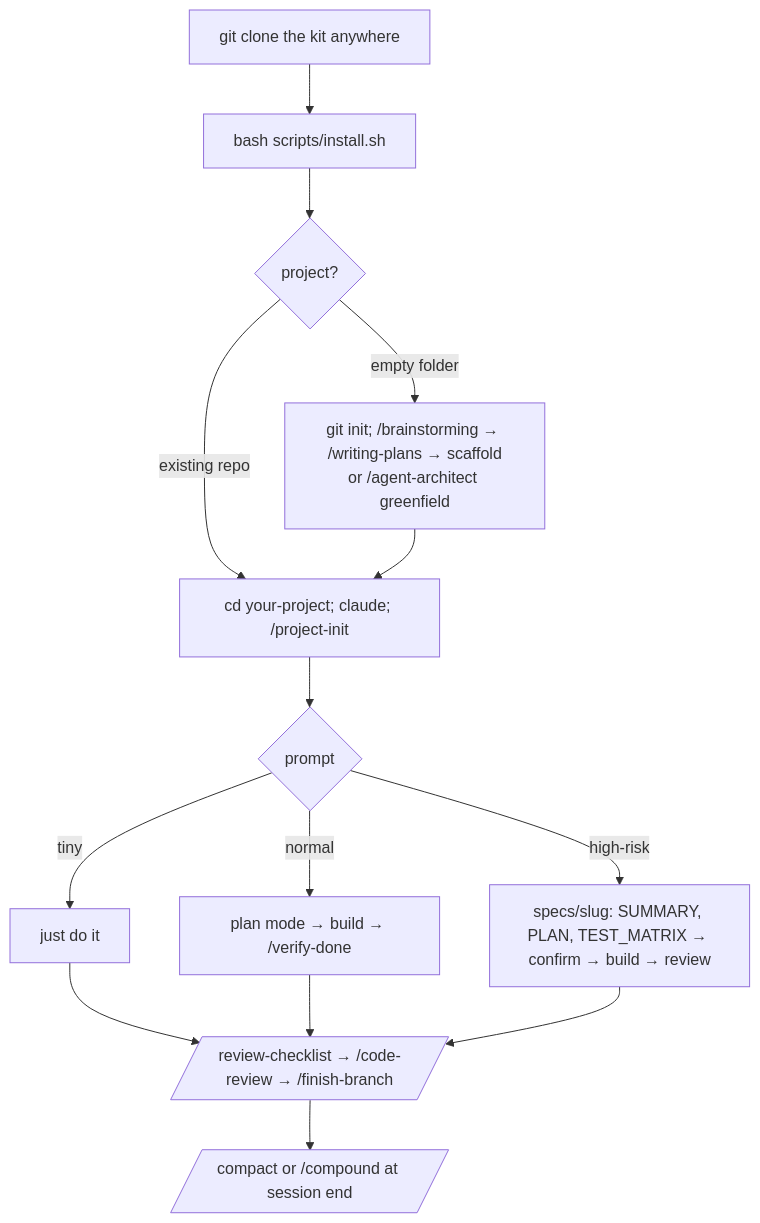
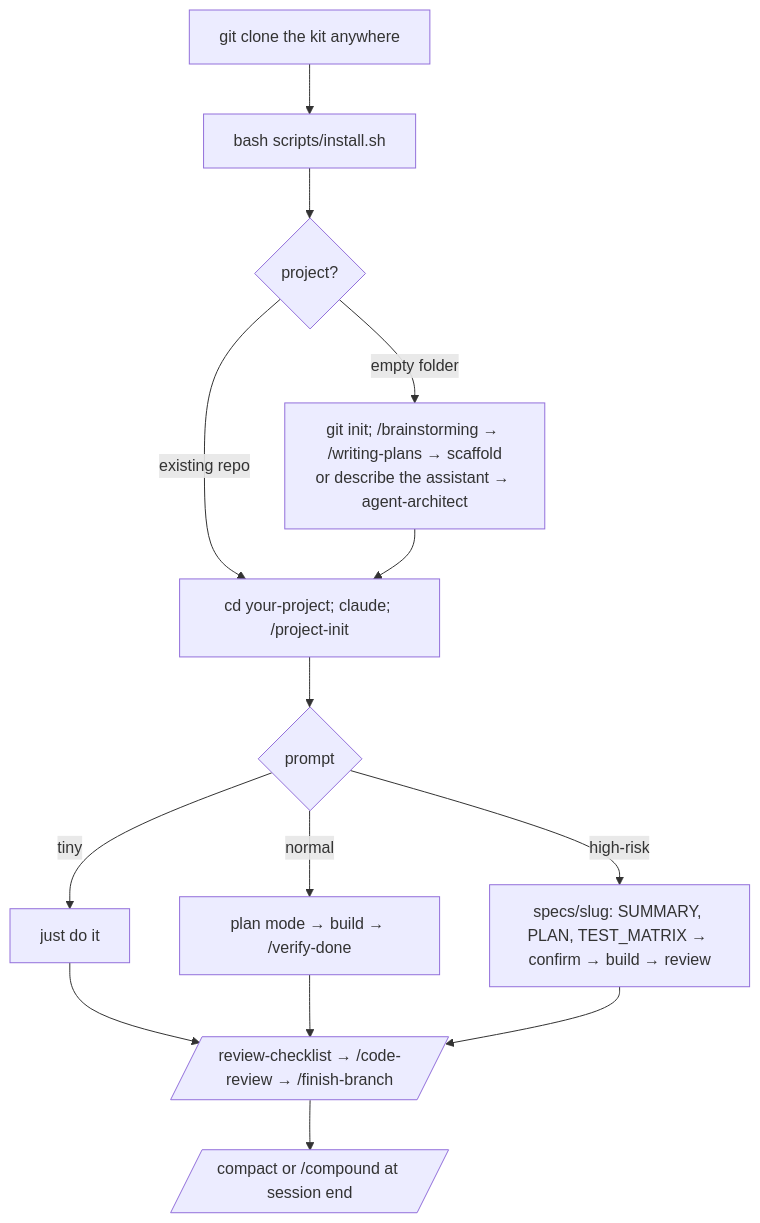
One commit to thanghokdps/claude-root changed the second of 3 diagrams in DESIGN.md. Above: the diagram before and after it, drawn with Mermaid. The commit also changed 6 other files, not shown here.

First line of the commit message:
Start from a plain sentence, not /agent-architect greenfield

````diff
--- a/DESIGN.md
+++ b/DESIGN.md
@@ -63,14 +63,14 @@
 ```mermaid
 flowchart TD
   A[git clone the kit anywhere] --> B[bash scripts/install.sh]
   B --> X{project?}
   X -->|existing repo| C[cd your-project; claude; /project-init]
-  X -->|empty folder| Y[git init; /brainstorming → /writing-plans → scaffold<br/>or /agent-architect greenfield]
+  X -->|empty folder| Y[git init; /brainstorming → /writing-plans → scaffold<br/>or describe the assistant → agent-architect]
   Y --> C
   C --> D{prompt}
   D -->|tiny| E[just do it]
   D -->|normal| F[plan mode → build → /verify-done]
   D -->|high-risk| G[specs/slug: SUMMARY, PLAN, TEST_MATRIX → confirm → build → review]
   E & F & G --> H[/review-checklist → /code-review → /finish-branch/]
   H --> I[/compact or /compound at session end/]
 ```
````
